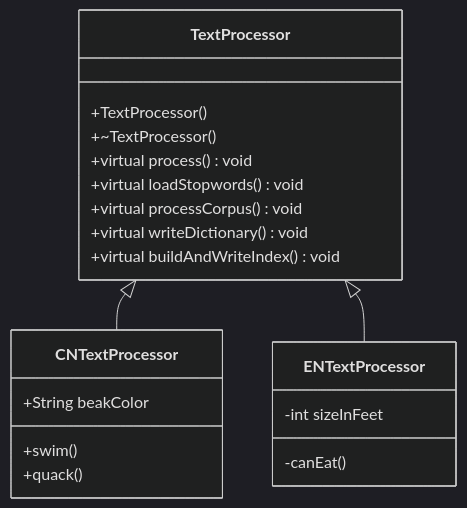
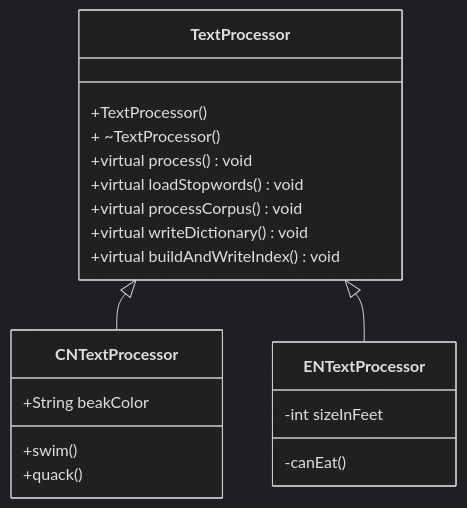
The diagram in all/未命名-1.md (Jason-DancingBoy/iodraw-files), drawn with Mermaid (dark theme) before and after one commit.

Commit message:
2026-01-02 20:41:11 update

````diff
--- a/all/未命名-1.md
+++ b/all/未命名-1.md
@@ -1,22 +1,22 @@
 ```mermaid
 classDiagram
     TextProcessor <|-- CNTextProcessor
     TextProcessor <|-- ENTextProcessor
     TextProcessor: +TextProcessor()
-    TextProcessor: +~TextProcessor()
+    TextProcessor: + ~TextProcessor()
     TextProcessor: +virtual process() void
     TextProcessor: +virtual loadStopwords() void 
     TextProcessor: +virtual processCorpus() void
     TextProcessor: +virtual writeDictionary() void
     TextProcessor: +virtual buildAndWriteIndex() void
     class CNTextProcessor{
       +String beakColor
       +swim()
       +quack()
     }
     class ENTextProcessor{
       -int sizeInFeet
       -canEat()
     }
             
 ```
````
